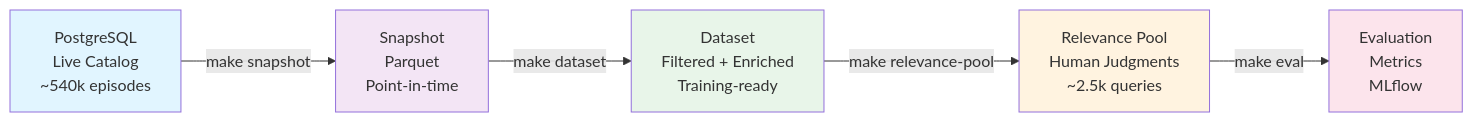
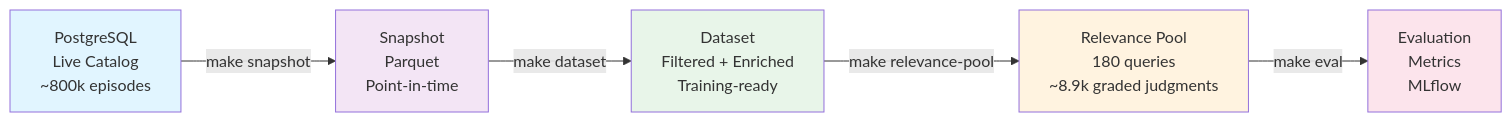
Before and after one commit to poornanat1/podcast-retrieval: the first of 4 diagrams in docs/03-data-pipeline.md, drawn with Mermaid. The commit also changed other lines of this file and 13 other files, not shown here.

Commit message:
docs: correct catalog, embedding, and relevance statistics

````diff
--- a/docs/03-data-pipeline.md
+++ b/docs/03-data-pipeline.md
@@ -7,13 +7,13 @@
 ```mermaid
 graph LR
-    A["PostgreSQL<br/>Live Catalog<br/>~540k episodes"] -->|"make snapshot"| B["Snapshot<br/>Parquet<br/>Point-in-time"]
+    A["PostgreSQL<br/>Live Catalog<br/>~800k episodes"] -->|"make snapshot"| B["Snapshot<br/>Parquet<br/>Point-in-time"]
     B -->|"make dataset"| C["Dataset<br/>Filtered + Enriched<br/>Training-ready"]
-    C -->|"make relevance-pool"| D["Relevance Pool<br/>Human Judgments<br/>~2.5k queries"]
+    C -->|"make relevance-pool"| D["Relevance Pool<br/>180 queries<br/>~8.9k graded judgments"]
     D -->|"make eval"| E["Evaluation<br/>Metrics<br/>MLflow"]
     
     style A fill:#e1f5ff
     style B fill:#f3e5f5
     style C fill:#e8f5e9
     style D fill:#fff3e0
     style E fill:#fce4ec
 ```
````
